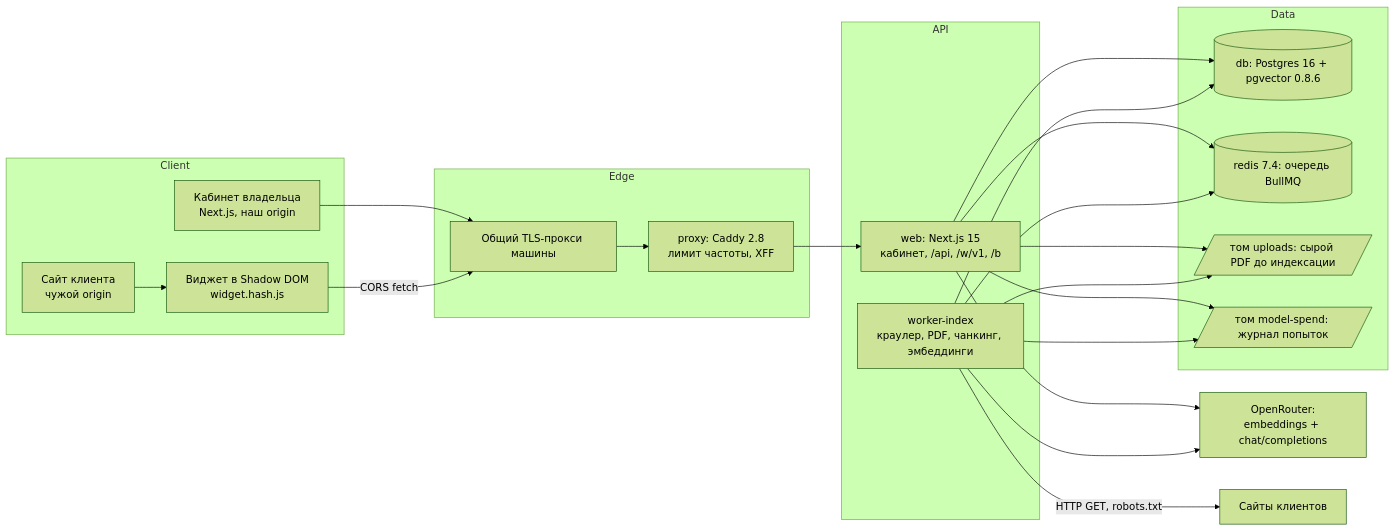
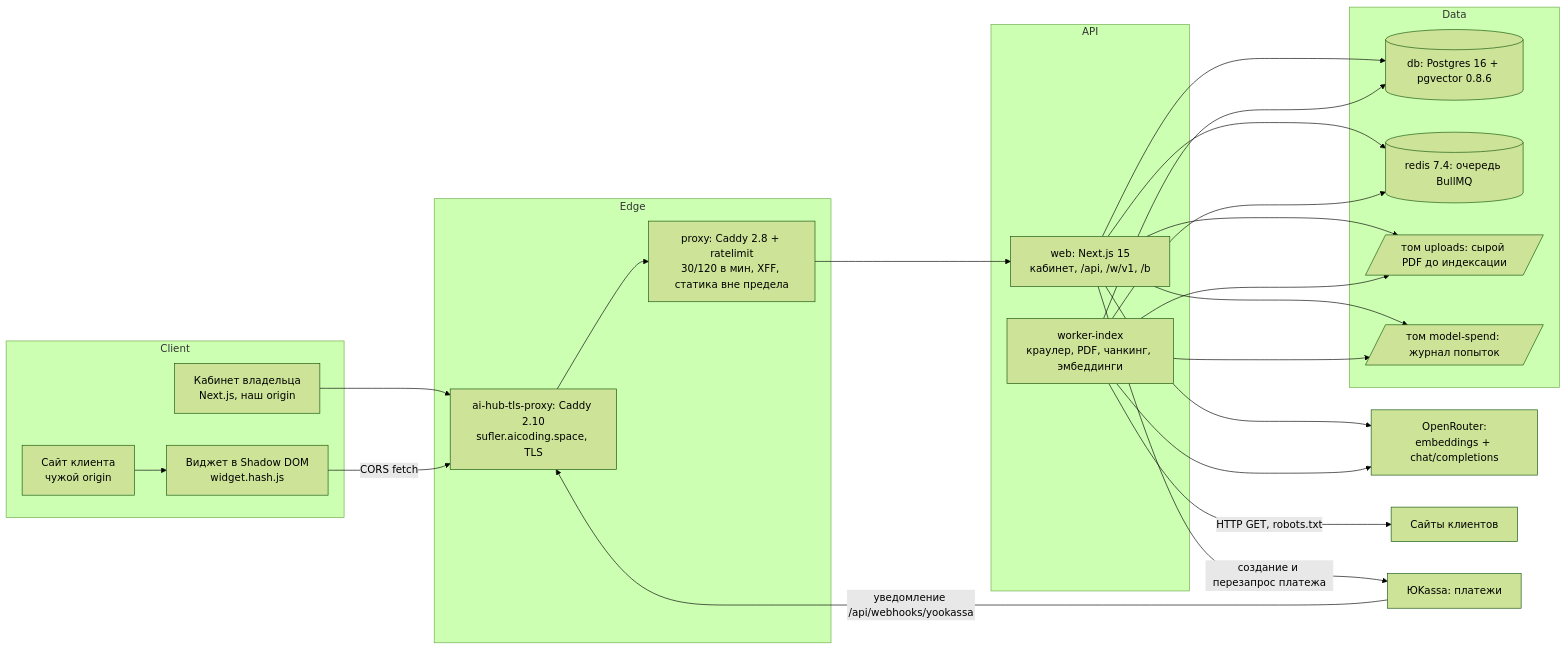
One commit to djd1m/2026-AUG-PU-Projects changed the diagram in projects/06-rag-sales-chatbase/docs/Architecture.md. Above: the diagram before and after it, drawn with Mermaid (forest theme). The commit also changed other lines of this file and 3 other files, not shown here.

````diff
--- a/projects/06-rag-sales-chatbase/docs/Architecture.md
+++ b/projects/06-rag-sales-chatbase/docs/Architecture.md
@@ -15,37 +20,40 @@
 ```mermaid
 flowchart LR
   subgraph Client
     OWN[Кабинет владельца<br/>Next.js, наш origin]
     HOST[Сайт клиента<br/>чужой origin]
     WID[Виджет в Shadow DOM<br/>widget.hash.js]
     HOST --> WID
   end
   subgraph Edge
-    TLS[Общий TLS-прокси машины]
-    PX[proxy: Caddy 2.8<br/>лимит частоты, XFF]
+    TLS[ai-hub-tls-proxy: Caddy 2.10<br/>sufler.aicoding.space, TLS]
+    PX[proxy: Caddy 2.8 + ratelimit<br/>30/120 в мин, XFF, статика вне предела]
   end
   subgraph API
     WEB[web: Next.js 15<br/>кабинет, /api, /w/v1, /b]
     WRK[worker-index<br/>краулер, PDF, чанкинг, эмбеддинги]
   end
   subgraph Data
     DB[(db: Postgres 16 + pgvector 0.8.6)]
     RD[(redis 7.4: очередь BullMQ)]
     VOL[/том uploads: сырой PDF до индексации/]
     SP[/том model-spend: журнал попыток/]
   end
   OR[OpenRouter:<br/>embeddings + chat/completions]
   OWN --> TLS --> PX --> WEB
   WID -- CORS fetch --> TLS
   WEB --> DB
   WEB --> RD
   WRK --> RD
   WRK --> DB
   WEB --> VOL
   WRK --> VOL
   WEB --> OR
   WRK --> OR
   WRK -- HTTP GET, robots.txt --> INET[Сайты клиентов]
   WEB --> SP
   WRK --> SP
+  YK[ЮKassa: платежи]
+  WEB -- создание и перезапрос платежа --> YK
+  YK -- уведомление /api/webhooks/yookassa --> TLS
 ```
````
